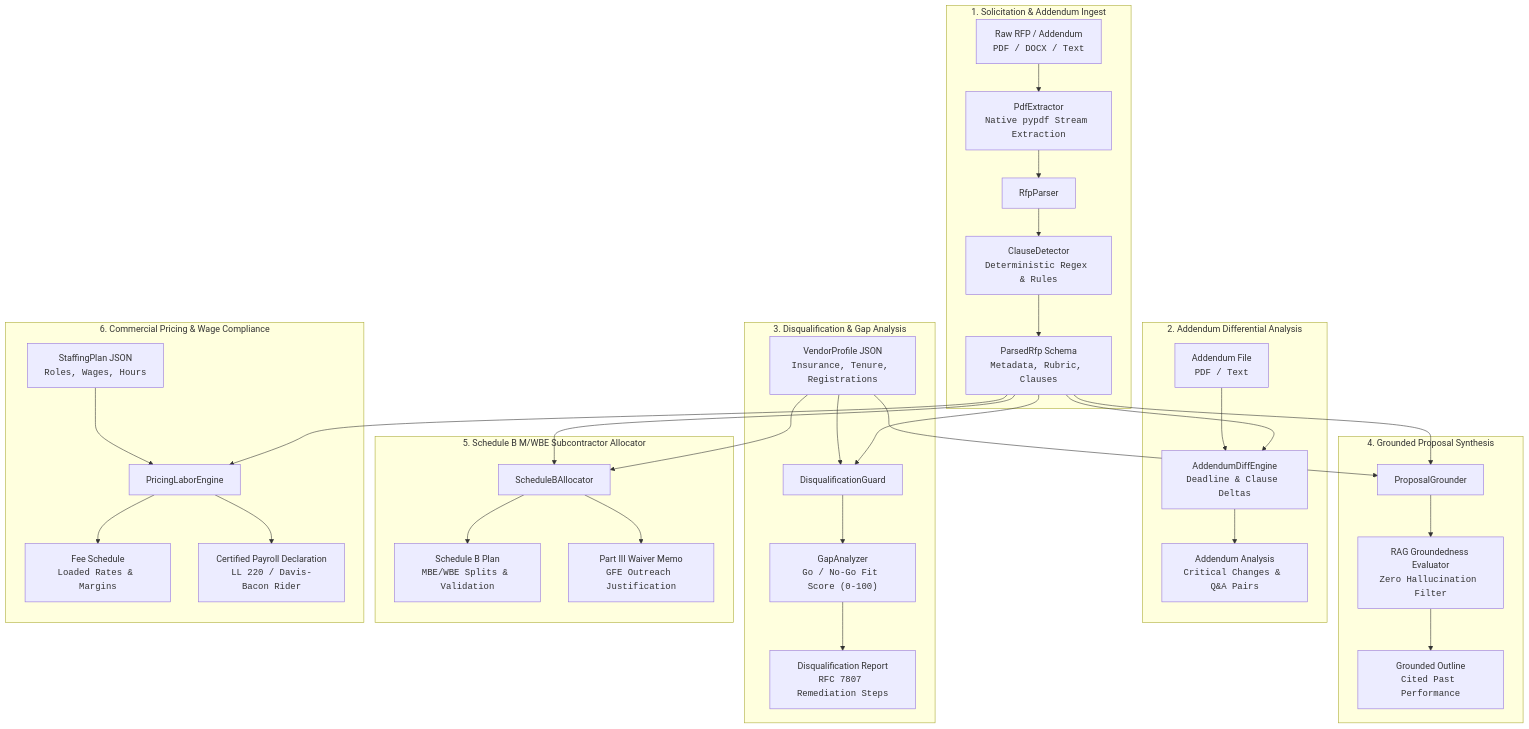
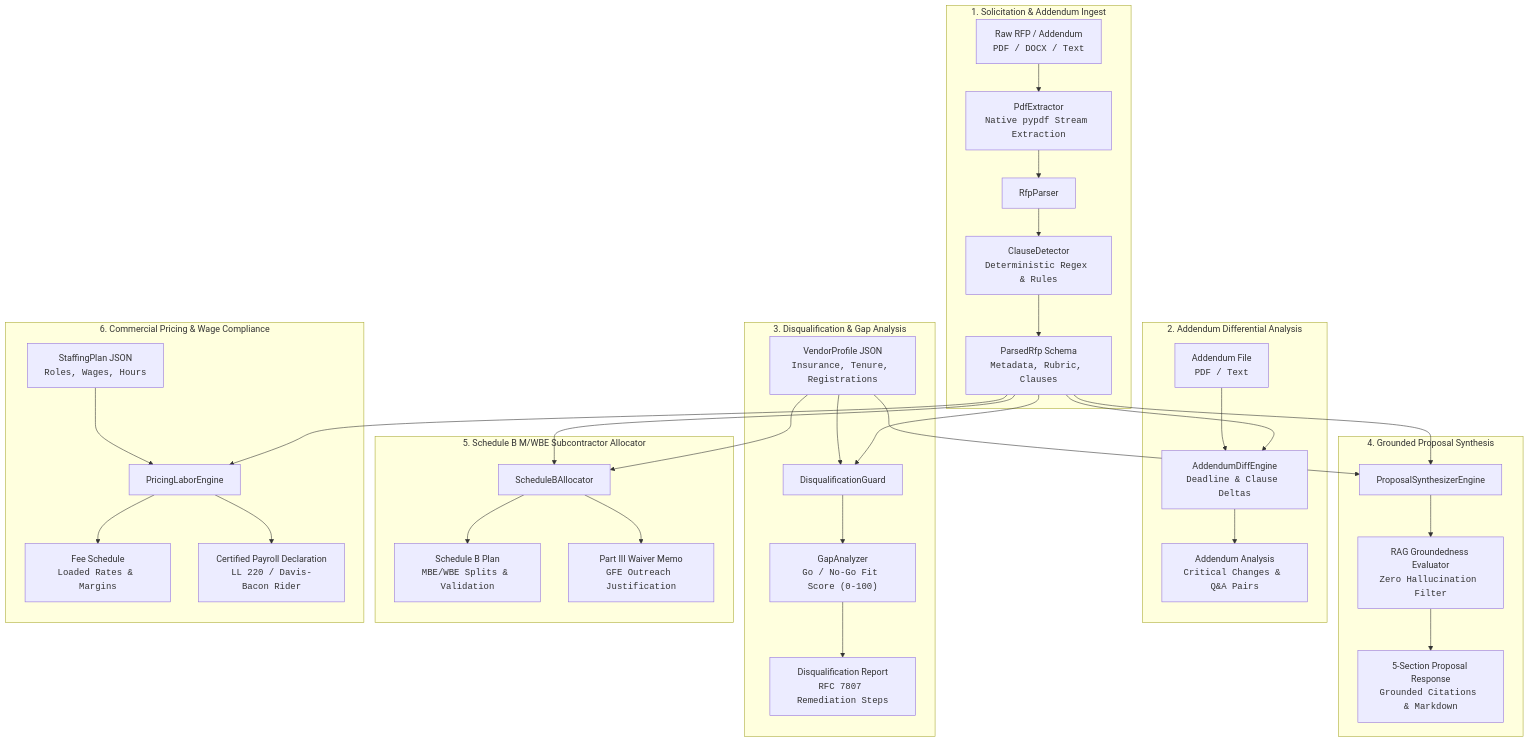
The diagram in README.md (max-subzero/gov-bid-ai), drawn with Mermaid before and after one commit. The commit also changed other lines of this file and 13 other files, not shown here.

Commit message:
feat(generator): add grounded proposal prose synthesizer and drafting engine (Phase 4 / v1.0.0)

````diff
--- a/README.md
+++ b/README.md
@@ -33,43 +33,43 @@
 ```mermaid
 flowchart TD
     subgraph Ingestion["1. Solicitation & Addendum Ingest"]
         A["Raw RFP / Addendum<br/><code>PDF / DOCX / Text</code>"] --> P["PdfExtractor<br/><code>Native pypdf Stream Extraction</code>"]
         P --> B["RfpParser"]
         B --> C["ClauseDetector<br/><code>Deterministic Regex & Rules</code>"]
         C --> D["ParsedRfp Schema<br/><code>Metadata, Rubric, Clauses</code>"]
     end
 
     subgraph Addendum["2. Addendum Differential Analysis"]
         D --> AD["AddendumDiffEngine<br/><code>Deadline & Clause Deltas</code>"]
         ADD["Addendum File<br/><code>PDF / Text</code>"] --> AD
         AD --> AR["Addendum Analysis<br/><code>Critical Changes & Q&A Pairs</code>"]
     end
 
     subgraph Defense["3. Disqualification & Gap Analysis"]
         D --> E["DisqualificationGuard"]
         V["VendorProfile JSON<br/><code>Insurance, Tenure, Registrations</code>"] --> E
         E --> F["GapAnalyzer<br/><code>Go / No-Go Fit Score (0-100)</code>"]
         F --> G["Disqualification Report<br/><code>RFC 7807 Remediation Steps</code>"]
     end
 
     subgraph Proposal["4. Grounded Proposal Synthesis"]
-        D --> H["ProposalGrounder"]
+        D --> H["ProposalSynthesizerEngine"]
         V --> H
         H --> I["RAG Groundedness Evaluator<br/><code>Zero Hallucination Filter</code>"]
-        I --> J["Grounded Outline<br/><code>Cited Past Performance</code>"]
+        I --> J["5-Section Proposal Response<br/><code>Grounded Citations & Markdown</code>"]
     end
 
     subgraph Mwbe["5. Schedule B M/WBE Subcontractor Allocator"]
         D --> SB["ScheduleBAllocator"]
         V --> SB
         SB --> SBP["Schedule B Plan<br/><code>MBE/WBE Splits & Validation</code>"]
         SB --> WM["Part III Waiver Memo<br/><code>GFE Outreach Justification</code>"]
     end
 
     subgraph Pricing["6. Commercial Pricing & Wage Compliance"]
         D --> PE["PricingLaborEngine"]
         SP["StaffingPlan JSON<br/><code>Roles, Wages, Hours</code>"] --> PE
         PE --> FS["Fee Schedule<br/><code>Loaded Rates & Margins</code>"]
         PE --> CPD["Certified Payroll Declaration<br/><code>LL 220 / Davis-Bacon Rider</code>"]
     end
 ```
````
